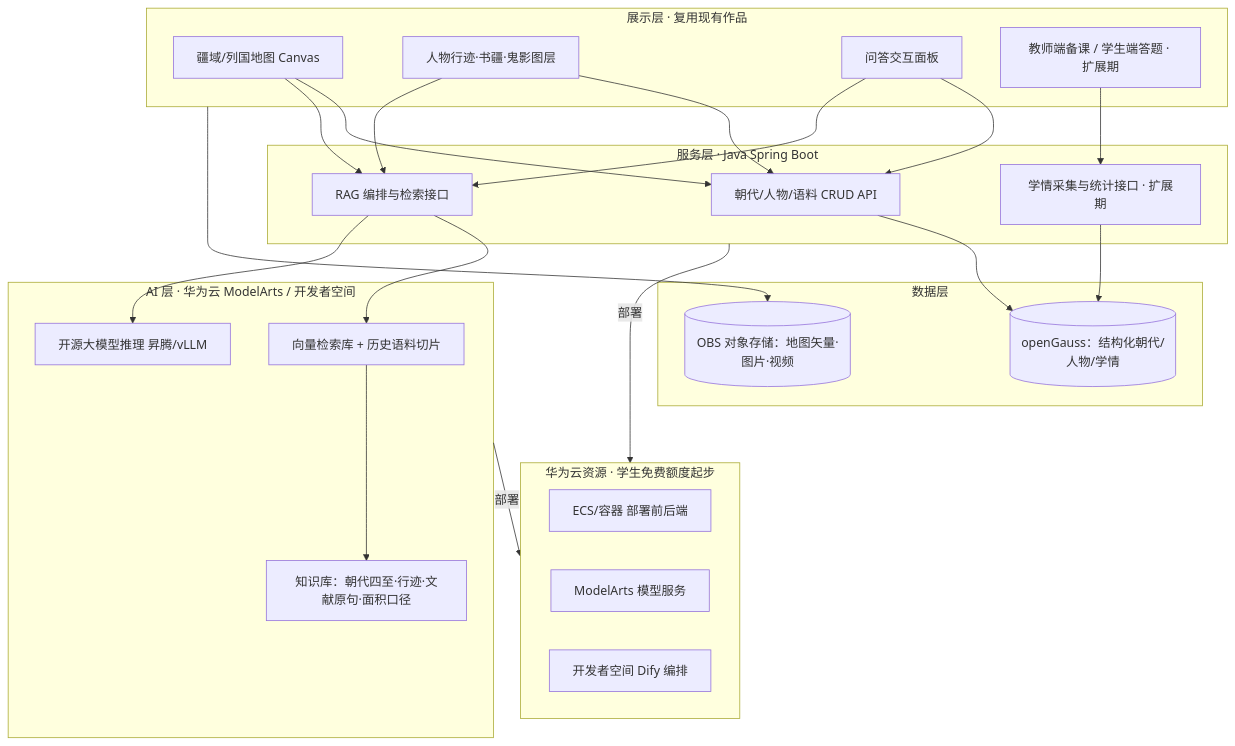
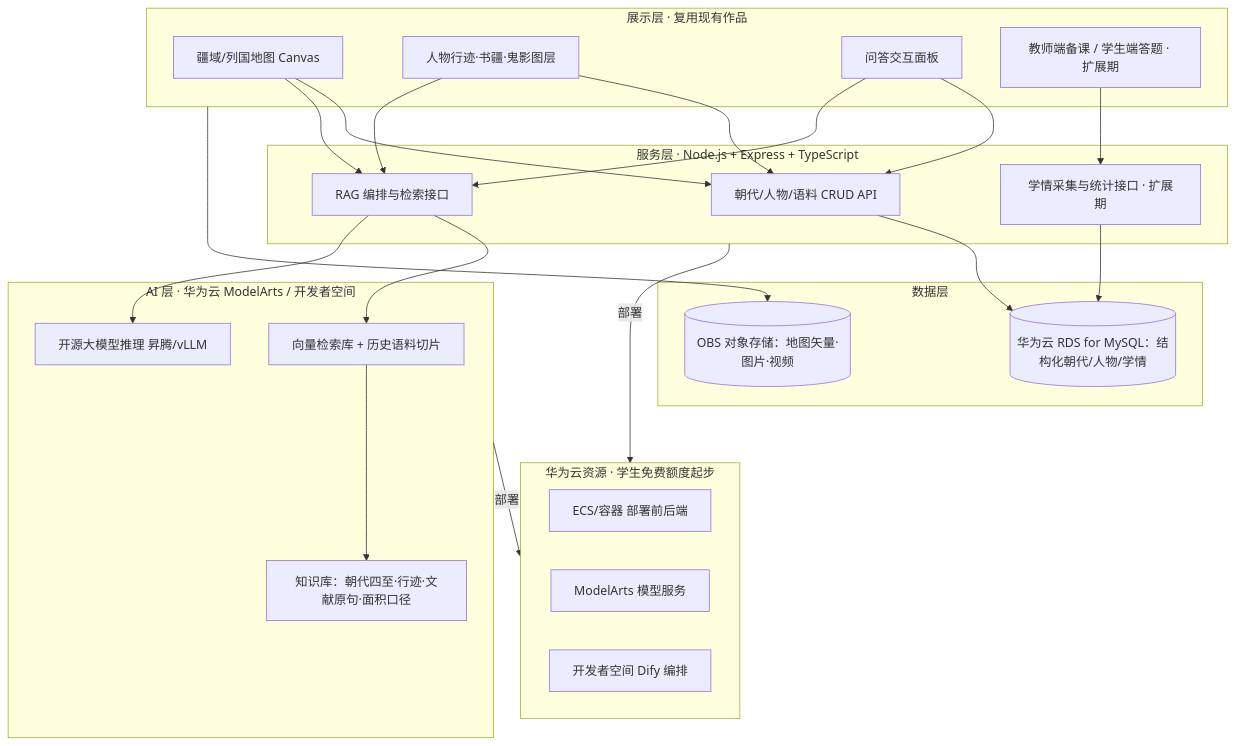
The diagram in 华为ICT创新赛升级方案.md (WYH-jingwei/mountains-and-rivers-record-HUAWEI-), drawn with Mermaid before and after one commit. The commit also changed other lines of this file and 32 other files, not shown here.

````diff
--- a/华为ICT创新赛升级方案.md
+++ b/华为ICT创新赛升级方案.md
@@ -75,36 +75,36 @@
 ```mermaid
 flowchart TB
   subgraph FE[展示层 · 复用现有作品]
     A1[疆域/列国地图 Canvas]
     A2[人物行迹·书疆·鬼影图层]
     A3[问答交互面板]
     A4[教师端备课 / 学生端答题 · 扩展期]
   end
-  subgraph BIZ[服务层 · Java Spring Boot]
+  subgraph BIZ[服务层 · Node.js + Express + TypeScript]
     B1[朝代/人物/语料 CRUD API]
     B2[RAG 编排与检索接口]
     B3[学情采集与统计接口 · 扩展期]
   end
   subgraph AI[AI 层 · 华为云 ModelArts / 开发者空间]
     C1[开源大模型推理 昇腾/vLLM]
     C2[向量检索库 + 历史语料切片]
     C3[知识库：朝代四至·行迹·文献原句·面积口径]
   end
   subgraph DATA[数据层]
-    D1[(openGauss：结构化朝代/人物/学情)]
+    D1[(华为云 RDS for MySQL：结构化朝代/人物/学情)]
     D2[(OBS 对象存储：地图矢量·图片·视频)]
   end
   subgraph CLOUD[华为云资源 · 学生免费额度起步]
     E1[ECS/容器 部署前后端]
     E2[ModelArts 模型服务]
     E3[开发者空间 Dify 编排]
   end
   A1 & A2 & A3 --> B1 & B2
   A4 --> B3
   B2 --> C2 --> C3
   B2 --> C1
   B1 --> D1
   B3 --> D1
   FE --> D2
   BIZ & AI --部署--> CLOUD
 ```
````
